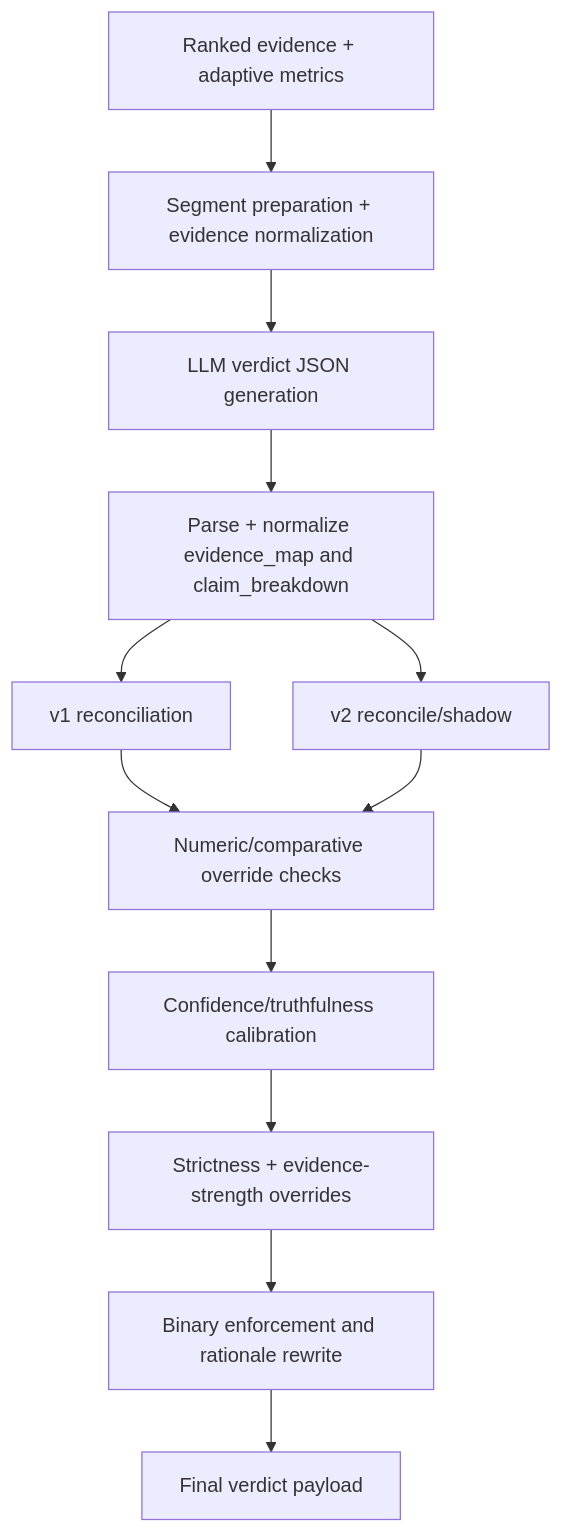
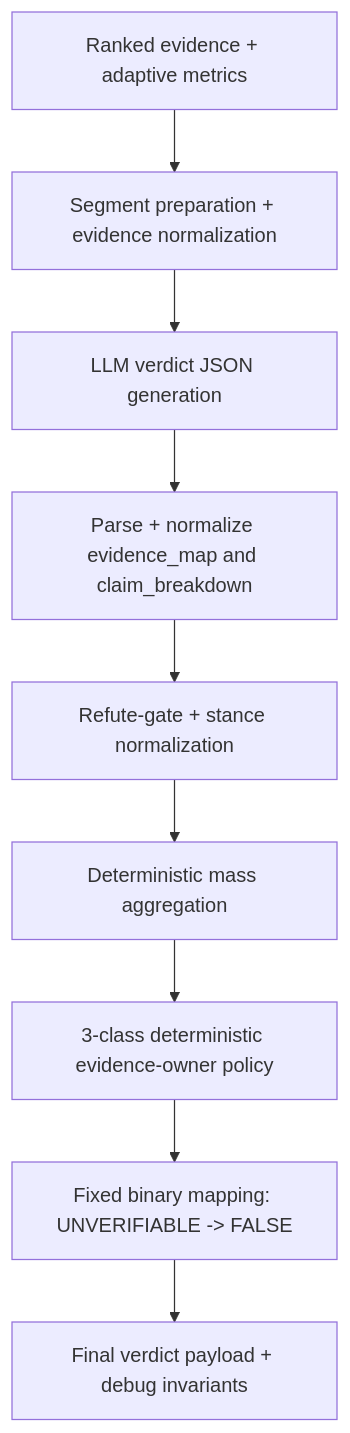
The diagram in methodology/05-verdict-synthesis.md (Luxia-AI/docs), drawn with Mermaid before and after one commit. The commit also changed other lines of this file and 11 other files, not shown here.

Commit message:
Update methodology documentation with health-only domain enforcement, deterministic mass aggregation, and fixed binary mapping; revise verification dates to March 10, 2026.

````diff
--- a/methodology/05-verdict-synthesis.md
+++ b/methodology/05-verdict-synthesis.md
@@ -5,14 +5,11 @@
 ```mermaid
 flowchart TD
     IN[Ranked evidence + adaptive metrics] --> PRE[Segment preparation + evidence normalization]
     PRE --> LLM[LLM verdict JSON generation]
     LLM --> PARSE[Parse + normalize evidence_map and claim_breakdown]
-    PARSE --> REC1[v1 reconciliation]
-    PARSE --> REC2[v2 reconcile/shadow]
-    REC1 --> NUM[Numeric/comparative override checks]
-    REC2 --> NUM
-    NUM --> CAL[Confidence/truthfulness calibration]
-    CAL --> LOGIC[Strictness + evidence-strength overrides]
-    LOGIC --> BIN[Binary enforcement and rationale rewrite]
-    BIN --> OUT[Final verdict payload]
+    PARSE --> NORM[Refute-gate + stance normalization]
+    NORM --> MASS[Deterministic mass aggregation]
+    MASS --> CORE[3-class deterministic evidence-owner policy]
+    CORE --> MAP[Fixed binary mapping: UNVERIFIABLE -> FALSE]
+    MAP --> OUT[Final verdict payload + debug invariants]
 ```
````
